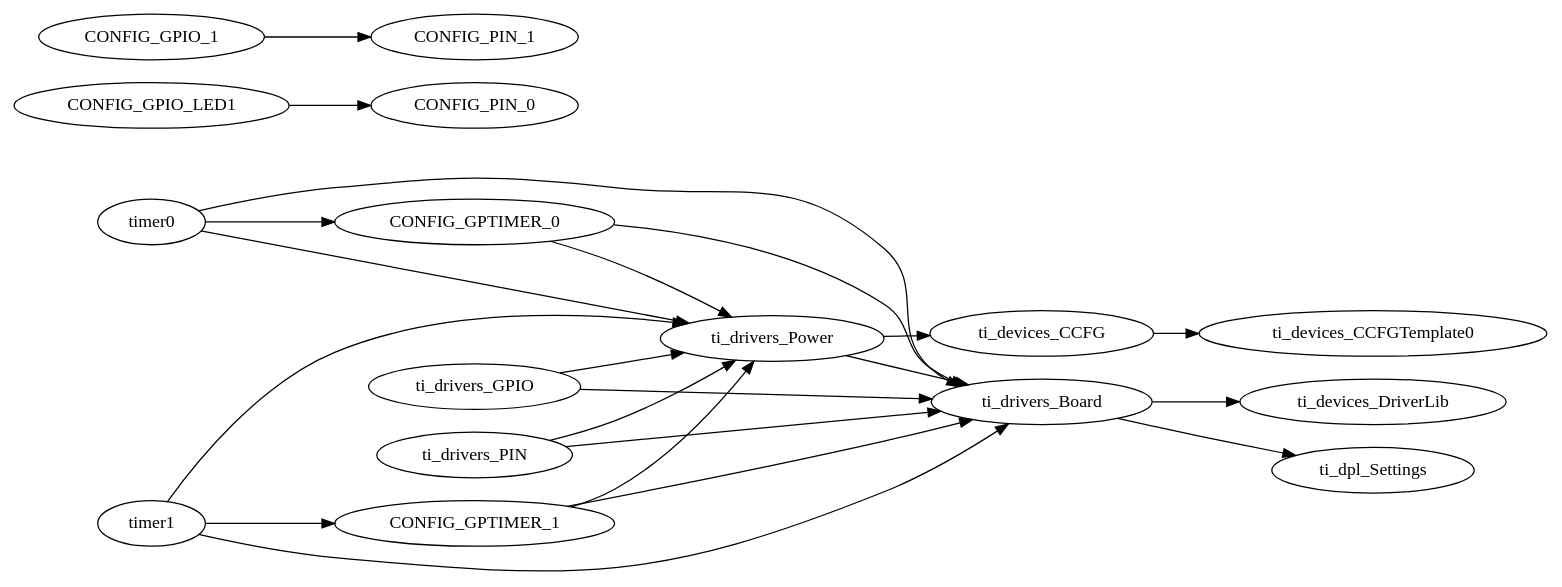
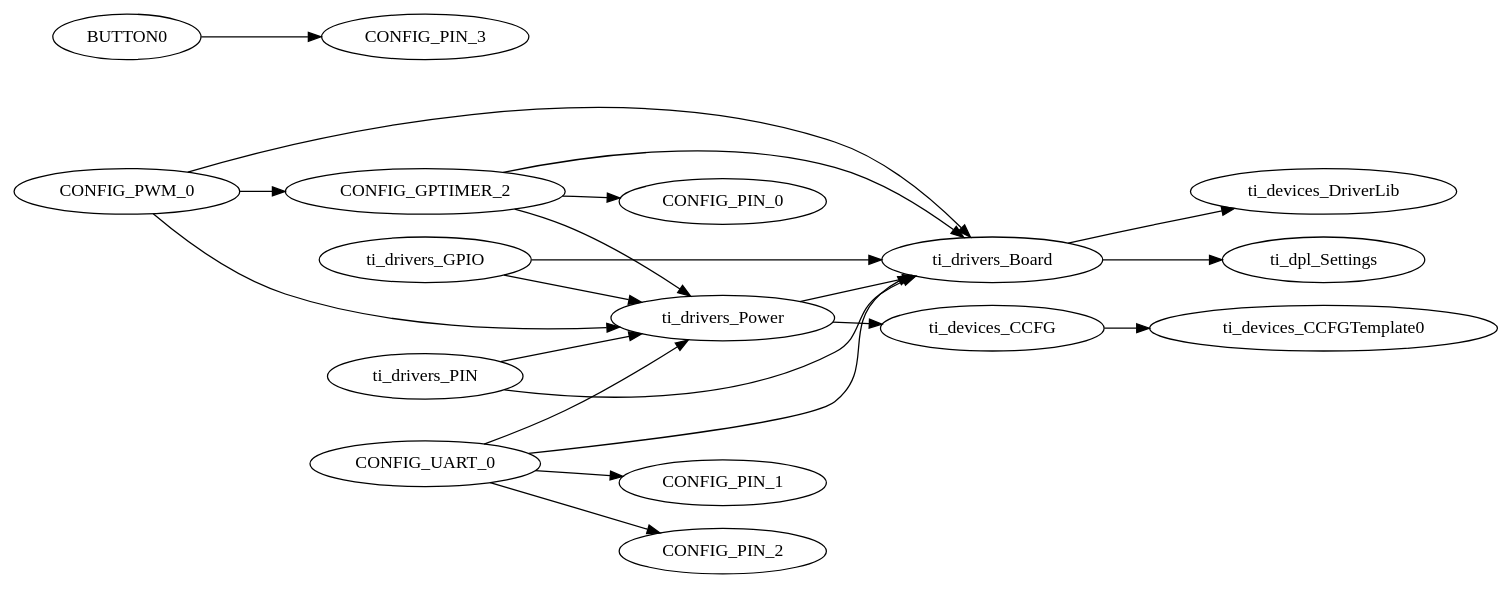
The diagram in hello_CC26X2R1_LAUNCHXL_tirtos_ccs/Debug/syscfg/ti_utils_runtime_model.gv (AgnivoKeus/TiRTOS_training), drawn with Graphviz before and after one commit. The commit also changed 1169 other files, not shown here.

Commit message:
UART,button, PWM implemented, synchronisation left

```diff
--- a/hello_CC26X2R1_LAUNCHXL_tirtos_ccs/Debug/syscfg/ti_utils_runtime_model.gv
+++ b/hello_CC26X2R1_LAUNCHXL_tirtos_ccs/Debug/syscfg/ti_utils_runtime_model.gv
@@ -1,47 +1,48 @@
 digraph Model
 {
     graph[rankdir=LR]
 
     // mod.$name=/ti/devices/CCFG
     ti_devices_CCFG -> ti_devices_CCFGTemplate0
 
     // mod.$name=/ti/devices/CCFGTemplate
 
     // mod.$name=/ti/devices/DriverLib
 
     // mod.$name=/ti/dpl/Settings
 
     // mod.$name=/ti/drivers/Board
     ti_drivers_Board -> ti_devices_DriverLib
     ti_drivers_Board -> ti_dpl_Settings
 
     // mod.$name=/ti/drivers/GPIO
     ti_drivers_GPIO -> ti_drivers_Power
     ti_drivers_GPIO -> ti_drivers_Board
-    CONFIG_GPIO_LED1 -> CONFIG_PIN_0
-    CONFIG_GPIO_1 -> CONFIG_PIN_1
+    BUTTON0 -> CONFIG_PIN_3
 
     // mod.$name=/ti/drivers/PIN
     ti_drivers_PIN -> ti_drivers_Power
     ti_drivers_PIN -> ti_drivers_Board
+
+    // mod.$name=/ti/drivers/PWM
+    CONFIG_PWM_0 -> ti_drivers_Power
+    CONFIG_PWM_0 -> ti_drivers_Board
+    CONFIG_PWM_0 -> CONFIG_GPTIMER_2
 
     // mod.$name=/ti/drivers/Power
     ti_drivers_Power -> ti_devices_CCFG
     ti_drivers_Power -> ti_drivers_Board
 
     // mod.$name=/ti/drivers/RTOS
 
-    // mod.$name=/ti/drivers/Timer
-    timer0 -> ti_drivers_Power
-    timer0 -> ti_drivers_Board
-    timer1 -> ti_drivers_Power
-    timer1 -> ti_drivers_Board
-    timer0 -> CONFIG_GPTIMER_0
-    timer1 -> CONFIG_GPTIMER_1
+    // mod.$name=/ti/drivers/UART
+    CONFIG_UART_0 -> ti_drivers_Power
+    CONFIG_UART_0 -> ti_drivers_Board
+    CONFIG_UART_0 -> CONFIG_PIN_1
+    CONFIG_UART_0 -> CONFIG_PIN_2
 
     // mod.$name=/ti/drivers/timer/GPTimerCC26XX
-    CONFIG_GPTIMER_0 -> ti_drivers_Power
-    CONFIG_GPTIMER_0 -> ti_drivers_Board
-    CONFIG_GPTIMER_1 -> ti_drivers_Power
-    CONFIG_GPTIMER_1 -> ti_drivers_Board
+    CONFIG_GPTIMER_2 -> ti_drivers_Power
+    CONFIG_GPTIMER_2 -> ti_drivers_Board
+    CONFIG_GPTIMER_2 -> CONFIG_PIN_0
 }
```
